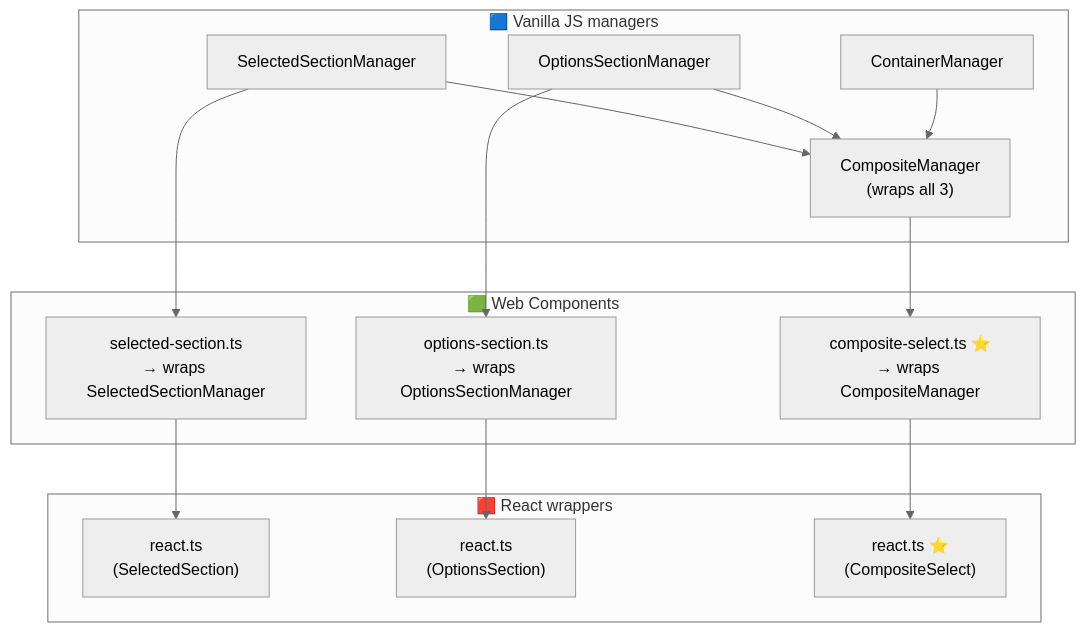
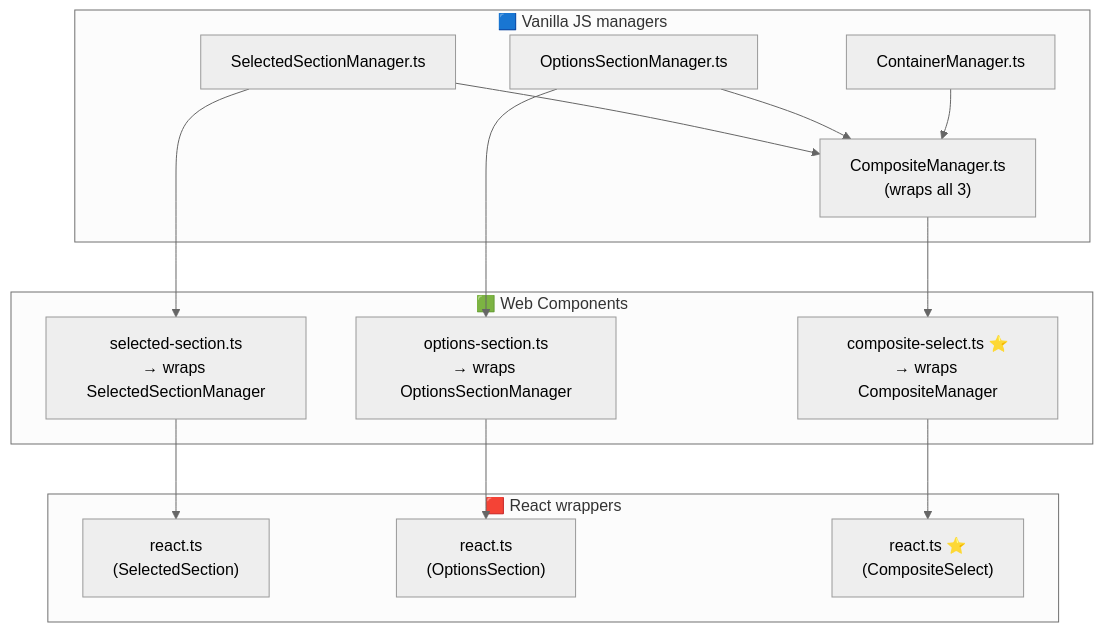
The diagram in README.md (stopsopa/select-component), drawn with Mermaid (neutral theme) before and after one commit. The commit also changed other lines of this file, not shown here.

````diff
--- a/README.md
+++ b/README.md
@@ -9,32 +9,32 @@
 ```mermaid
 graph TB
 
   subgraph Vanilla ["🟦 Vanilla JS managers"]
-    SSM["SelectedSectionManager"]
-    OSM["OptionsSectionManager"]
-    CM["ContainerManager"]
-    CmpM["CompositeManager\n(wraps all 3)"]
+    SSM["SelectedSectionManager.ts"]
+    OSM["OptionsSectionManager.ts"]
+    CM["ContainerManager.ts"]
+    CmpM["CompositeManager.ts\n(wraps all 3)"]
     SSM --> CmpM
     OSM --> CmpM
     CM --> CmpM
   end
 
   subgraph WC ["🟩 Web Components"]
     SS["selected-section.ts\n→ wraps SelectedSectionManager"]
     OS["options-section.ts\n→ wraps OptionsSectionManager"]
     CS["composite-select.ts ⭐\n→ wraps CompositeManager"]
   end
 
   subgraph React ["🟥 React wrappers"]
     RSS["react.ts\n(SelectedSection)"]
     ROS["react.ts\n(OptionsSection)"]
     RCS["react.ts ⭐\n(CompositeSelect)"]
   end
 
   SSM --> SS
   OSM --> OS
   CmpM --> CS
   SS --> RSS
   OS --> ROS
   CS --> RCS
 ```
````
